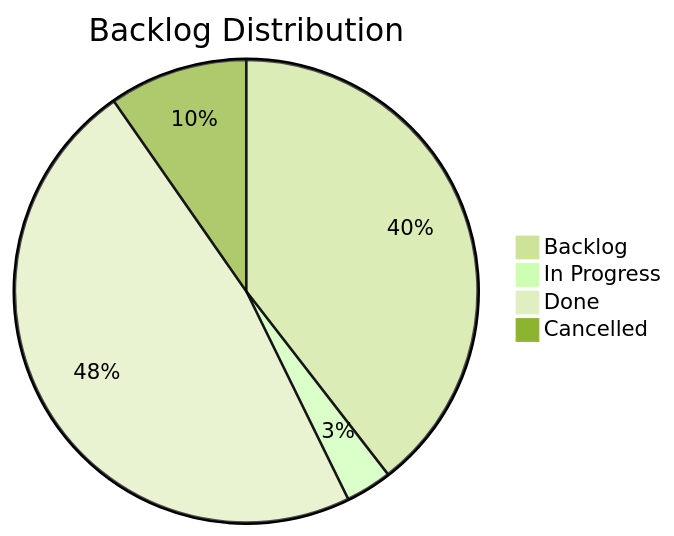
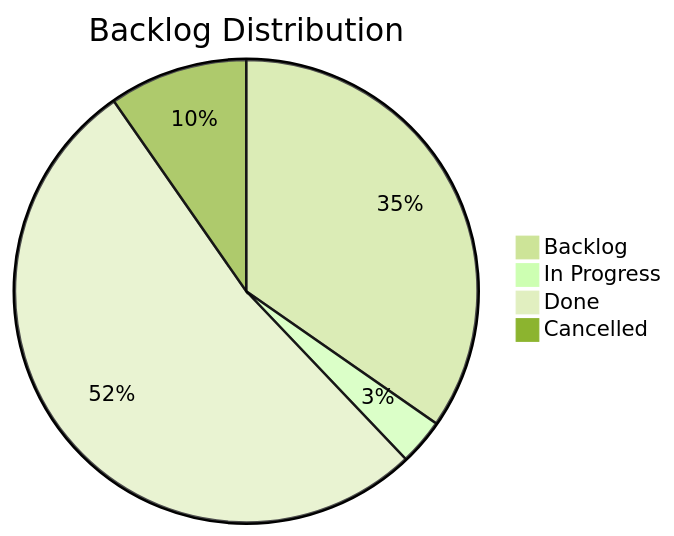
Before and after one commit to TheCodeCreature/Hytale-Example-Plugin: the diagram in docs/board.md, drawn with Mermaid (forest theme). The commit also changed other lines of this file and 34 other files, not shown here.

````diff
--- a/docs/board.md
+++ b/docs/board.md
@@ -7,7 +7,7 @@
 ```mermaid
 pie title Backlog Distribution
-    "Backlog" : 49
+    "Backlog" : 43
     "In Progress" : 4
-    "Done" : 59
+    "Done" : 65
     "Cancelled" : 12
 ```
````
